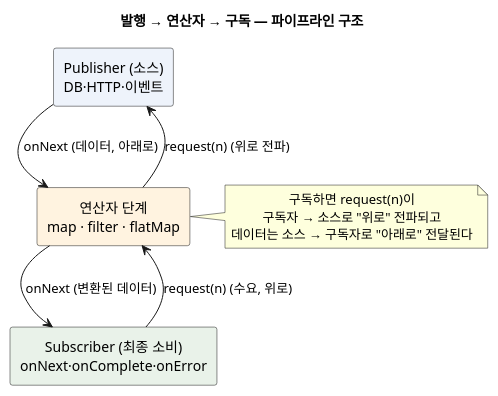
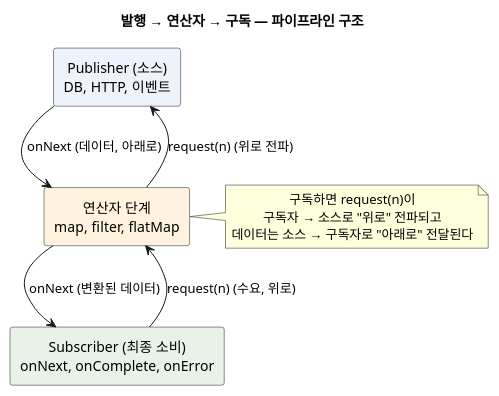
The third of 4 diagrams in blog/2026-09-25-reactive-streams-spec.mdx (johnycho/johny-dev), drawn with PlantUML before and after one commit. The commit also changed other lines of this file and 188 other files, not shown here.

````diff
--- a/blog/2026-09-25-reactive-streams-spec.mdx
+++ b/blog/2026-09-25-reactive-streams-spec.mdx
@@ -157,20 +157,20 @@
 ```plantuml
 @startuml
 title 발행 → 연산자 → 구독 — 파이프라인 구조
 skinparam defaultTextAlignment center
-rectangle "Publisher (소스)\nDB·HTTP·이벤트" as P #EEF3FB
-rectangle "연산자 단계\nmap · filter · flatMap" as OP #FFF3E0
-rectangle "Subscriber (최종 소비)\nonNext·onComplete·onError" as S #E9F2E9
+rectangle "Publisher (소스)\nDB, HTTP, 이벤트" as P #EEF3FB
+rectangle "연산자 단계\nmap, filter, flatMap" as OP #FFF3E0
+rectangle "Subscriber (최종 소비)\nonNext, onComplete, onError" as S #E9F2E9
 
 P -down-> OP : onNext (데이터, 아래로)
 OP -down-> S : onNext (변환된 데이터)
 S -up-> OP : request(n) (수요, 위로)
 OP -up-> P : request(n) (위로 전파)
 
 note right of OP
   구독하면 request(n)이
   구독자 → 소스로 "위로" 전파되고
   데이터는 소스 → 구독자로 "아래로" 전달된다
 end note
 @enduml
 ```
````
